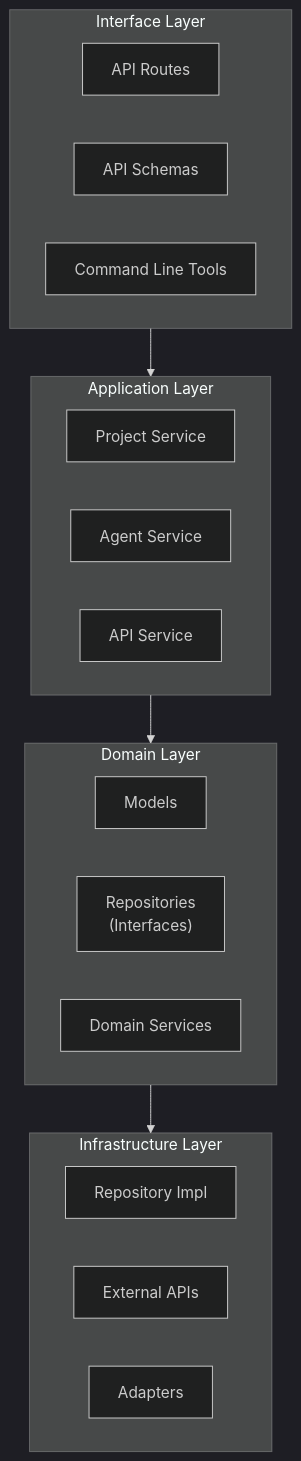
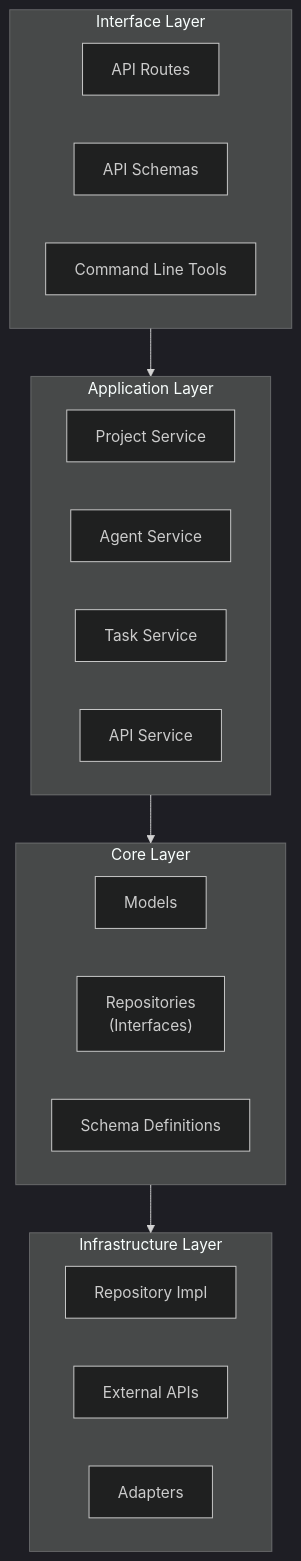
Before and after one commit to dustland/roboco: the first of 8 diagrams in docs/object_model.md, drawn with Mermaid (dark theme). The commit also changed other lines of this file and 3 other files, not shown here.

````diff
--- a/docs/object_model.md
+++ b/docs/object_model.md
@@ -9,30 +9,31 @@
 ```mermaid
 flowchart TB
     subgraph Interface["Interface Layer"]
         API_Routes["API Routes"]
         API_Schemas["API Schemas"]
         CLI["Command Line Tools"]
     end
     
     subgraph Application["Application Layer"]
         Project_Service["Project Service"]
         Agent_Service["Agent Service"]
+        Task_Service["Task Service"]
         API_Service["API Service"]
     end
     
-    subgraph Domain["Domain Layer"]
+    subgraph Core["Core Layer"]
         Models["Models"]
         Repositories["Repositories\n(Interfaces)"]
-        Domain_Services["Domain Services"]
+        Schema["Schema Definitions"]
     end
     
     subgraph Infrastructure["Infrastructure Layer"]
         Repo_Impl["Repository Impl"]
         External_APIs["External APIs"]
         Adapters["Adapters"]
     end
     
     Interface --> Application
-    Application --> Domain
-    Domain --> Infrastructure
+    Application --> Core
+    Core --> Infrastructure
 ```
````
